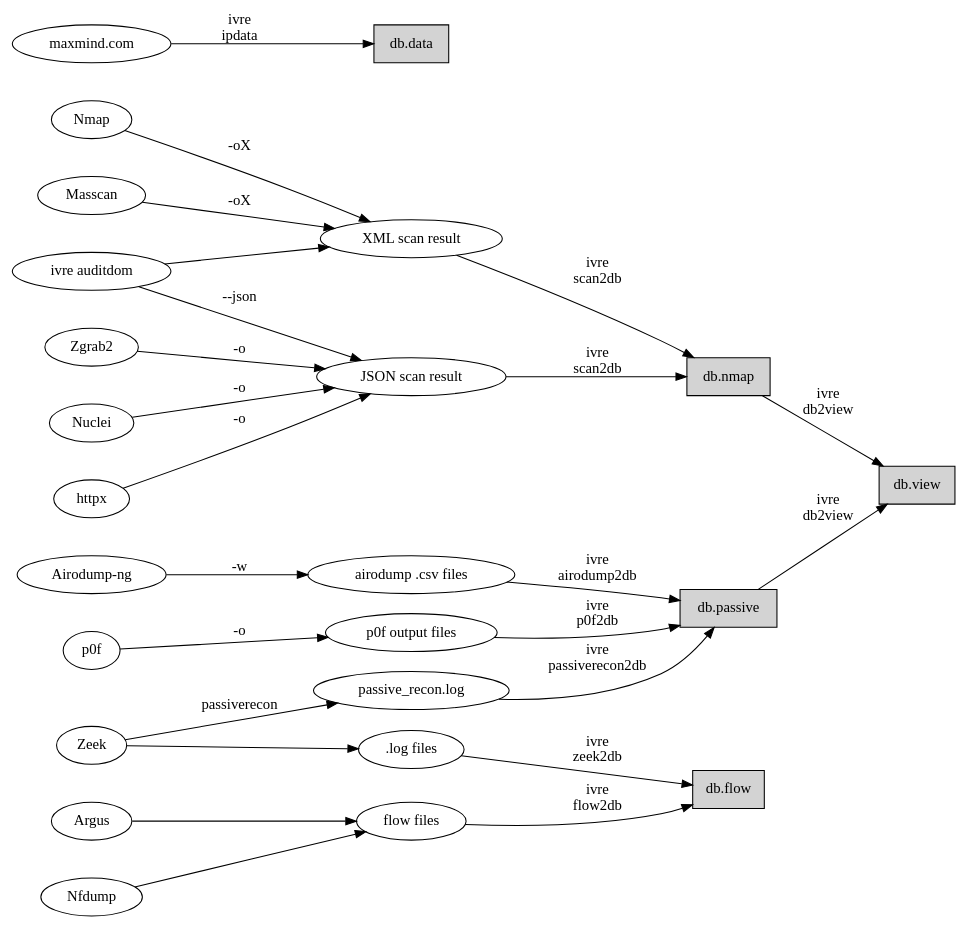
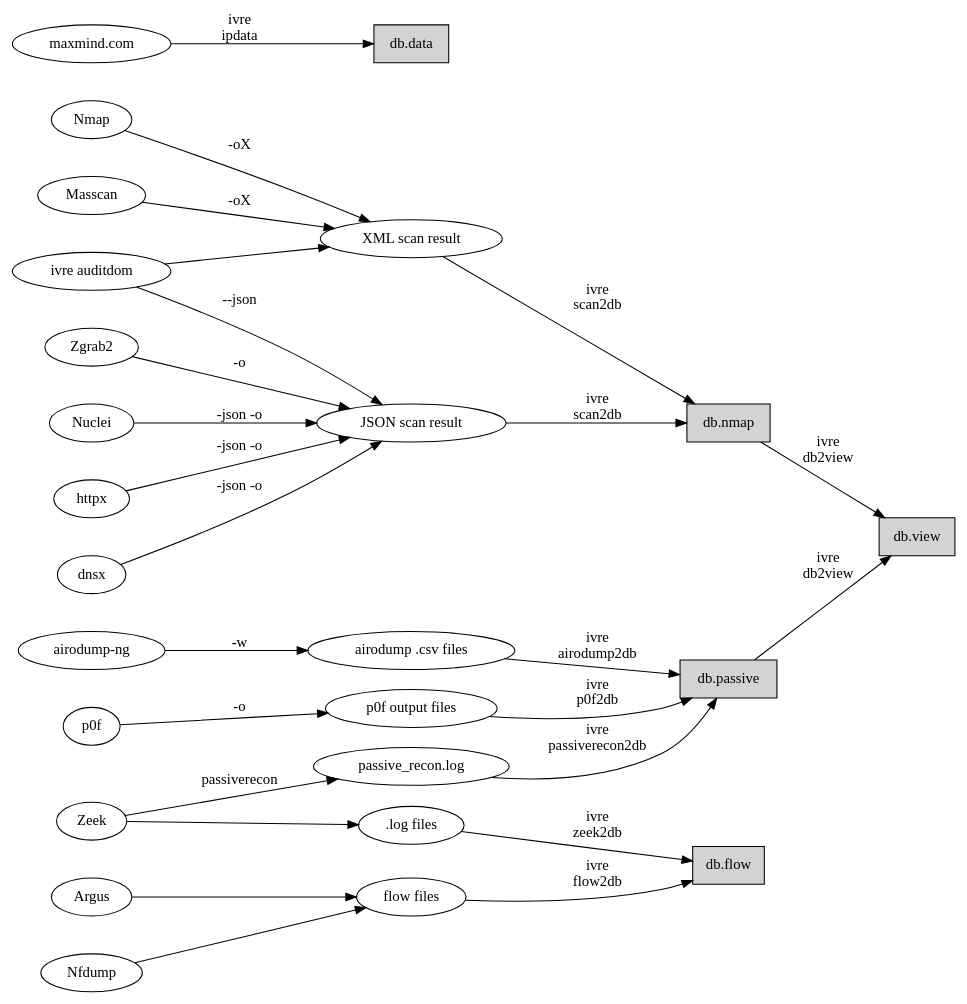
The first of 3 diagrams in doc/overview/principles.rst (ivre/ivre), drawn with Graphviz before and after one commit. The commit also changed other lines of this file and 5 other files, not shown here.

```diff
--- a/doc/overview/principles.rst
+++ b/doc/overview/principles.rst
@@ -79,65 +80,67 @@
 .. graphviz::
 
    digraph {
       graph [rankdir=LR];
 
       "maxmind.com";
       "Nmap";
       "Masscan";
       "ivre auditdom";
       "Zgrab2";
       "Nuclei";
       "httpx";
-      "Airodump-ng";
+      "dnsx";
+      "airodump-ng";
       "p0f";
       "Zeek";
       "Zeek";
       "Argus";
       "Nfdump";
 
       XML [label="XML scan result"];
       JSON [label="JSON scan result"];
       CSV_LOG [label="airodump .csv files"];
       P0F_LOG [label="p0f output files"];
       PASS_LOG [label="passive_recon.log"];
       FLOW_LOG [label=".log files"];
       FLOWS [label="flow files"];
 
       db_data [label="db.data" shape="box" style="filled"];
       db_nmap [label="db.nmap" shape="box" style="filled"];
       db_passive [label="db.passive" shape="box" style="filled"];
       db_flow [label="db.flow" shape="box" style="filled"];
       db_view [label="db.view" shape="box" style="filled"];
 
       "maxmind.com" -> db_data [label="ivre\nipdata"];
       "Nmap" -> XML [label="-oX"];
       "Masscan" -> XML [label="-oX"];
       "ivre auditdom" -> XML;
       "ivre auditdom" -> JSON [label="--json"];
       "Zgrab2" -> JSON [label="-o"];
-      "Nuclei" -> JSON [label="-o"];
-      "httpx" -> JSON [label="-o"];
-      "Airodump-ng" -> CSV_LOG [label="-w"];
+      "Nuclei" -> JSON [label="-json -o"];
+      "httpx" -> JSON [label="-json -o"];
+      "dnsx" -> JSON [label="-json -o"];
+      "airodump-ng" -> CSV_LOG [label="-w"];
       "p0f" -> P0F_LOG [label="-o"];
       "Zeek" -> PASS_LOG [label="passiverecon"];
       "Zeek" -> FLOW_LOG;
       "Argus" -> FLOWS;
       "Nfdump" -> FLOWS;
 
       XML -> db_nmap [label="ivre\nscan2db"];
       JSON -> db_nmap [label="ivre\nscan2db"];
       CSV_LOG -> db_passive [label="ivre\nairodump2db"];
       P0F_LOG -> db_passive [label="ivre\np0f2db"];
       PASS_LOG -> db_passive [label="ivre\npassiverecon2db"];
       FLOW_LOG -> db_flow [label="ivre\nzeek2db"];
       FLOWS -> db_flow [label="ivre\nflow2db"];
       db_passive -> db_view [label="ivre\ndb2view"];
       db_nmap -> db_view [label="ivre\ndb2view"];
 
       {
         rank = same;
         edge[style=invis];
-        "maxmind.com" -> "Nmap" -> "Masscan" -> "ivre auditdom" -> "Zgrab2" -> "Nuclei" -> "httpx" -> "Airodump-ng" -> "p0f" -> "Zeek" -> "Zeek" -> "Argus" -> "Nfdump";
+        "maxmind.com" -> "Nmap" -> "Masscan" -> "ivre auditdom" -> "Zgrab2" -> "Nuclei" -> "httpx" -> "dnsx" -> "airodump-ng" -> "p0f" -> "Zeek" -> "Zeek" -> "Argus" -> "Nfdump";
         rankdir = UD;
       }
    }
```
